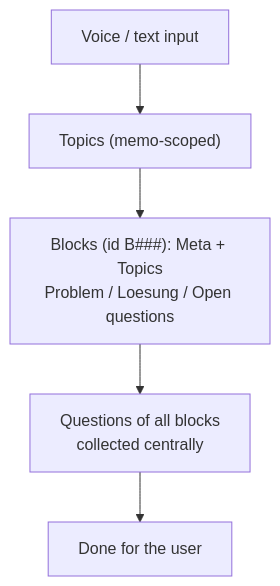
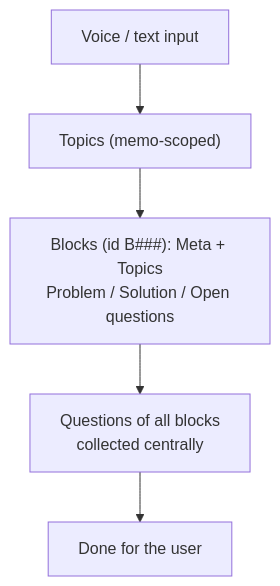
The second of 4 diagrams in generated/docs-payload/30-primitives.md (Memo-Init/spec), drawn with Mermaid before and after one commit. The commit also changed other lines of this file and 38 other files, not shown here.

````diff
--- a/generated/docs-payload/30-primitives.md
+++ b/generated/docs-payload/30-primitives.md
@@ -130,7 +130,7 @@
 ```mermaid
 flowchart TD
     SP["Voice / text input"] --> TO["Topics (memo-scoped)"]
-    TO --> BL["Blocks (id B###): Meta + Topics<br/>Problem / Loesung / Open questions"]
+    TO --> BL["Blocks (id B###): Meta + Topics<br/>Problem / Solution / Open questions"]
     BL --> QQ["Questions of all blocks<br/>collected centrally"]
     QQ --> DONE["Done for the user"]
 ```
````
